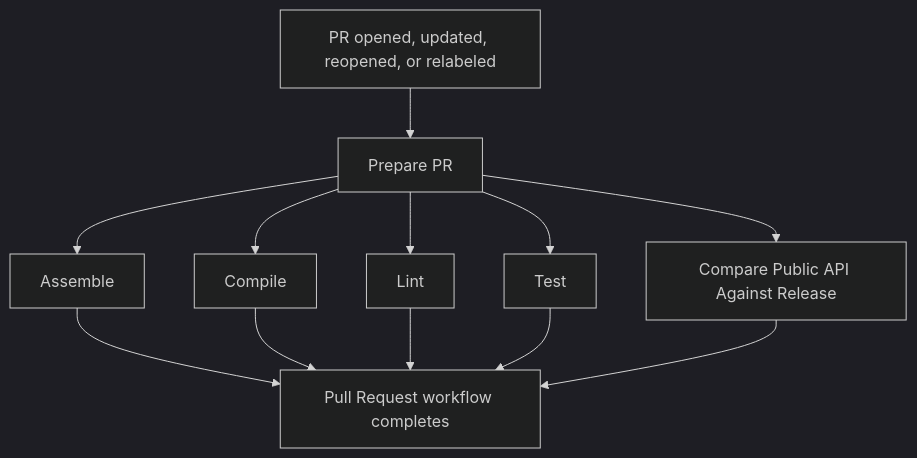
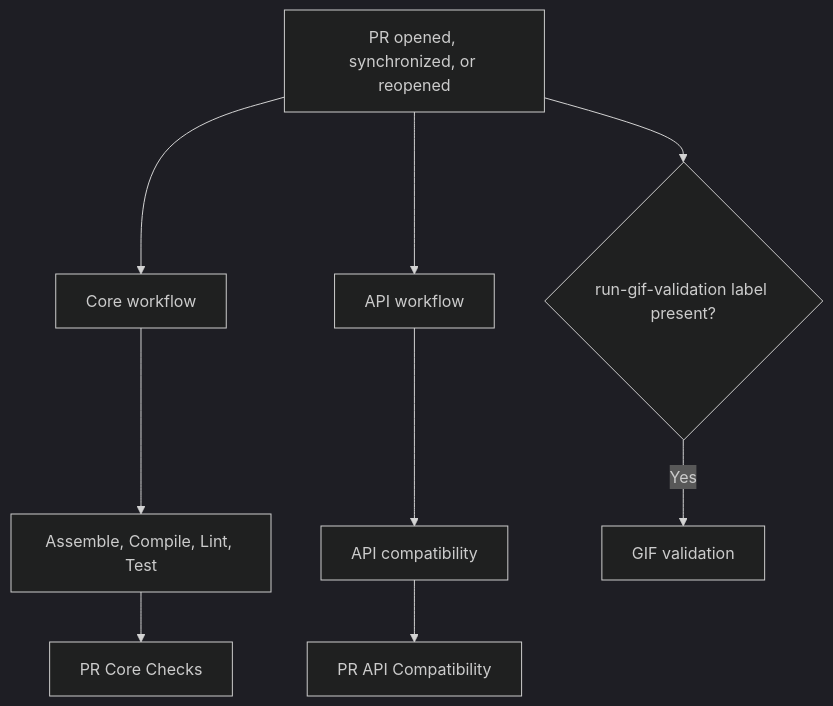
Before and after one commit to HDCharts/charts: the diagram in docs/workflows/pull-request-orchestration.md, drawn with Mermaid (dark theme). The commit also changed other lines of this file and 9 other files, not shown here.

Commit message:
ci: split pull request validation workflows (#502)

````diff
--- a/docs/workflows/pull-request-orchestration.md
+++ b/docs/workflows/pull-request-orchestration.md
@@ -9,14 +22,11 @@
 ```mermaid
 flowchart TD
-  A["PR opened, updated, reopened, or relabeled"] --> B["Prepare PR"]
-  B --> C["Assemble"]
-  B --> D["Compile"]
-  B --> E["Lint"]
-  B --> F["Test"]
-  B --> G["Compare Public API Against Release"]
-  C --> H["Pull Request workflow completes"]
-  D --> H
-  E --> H
-  F --> H
-  G --> H
+  A["PR opened, synchronized, or reopened"] --> B["Core workflow"]
+  B --> C["Assemble, Compile, Lint, Test"]
+  C --> D["PR Core Checks"]
+  A --> E["API workflow"]
+  E --> F["API compatibility"]
+  F --> G["PR API Compatibility"]
+  A --> H{"run-gif-validation label present?"}
+  H -- Yes --> I["GIF validation"]
 ```
````
